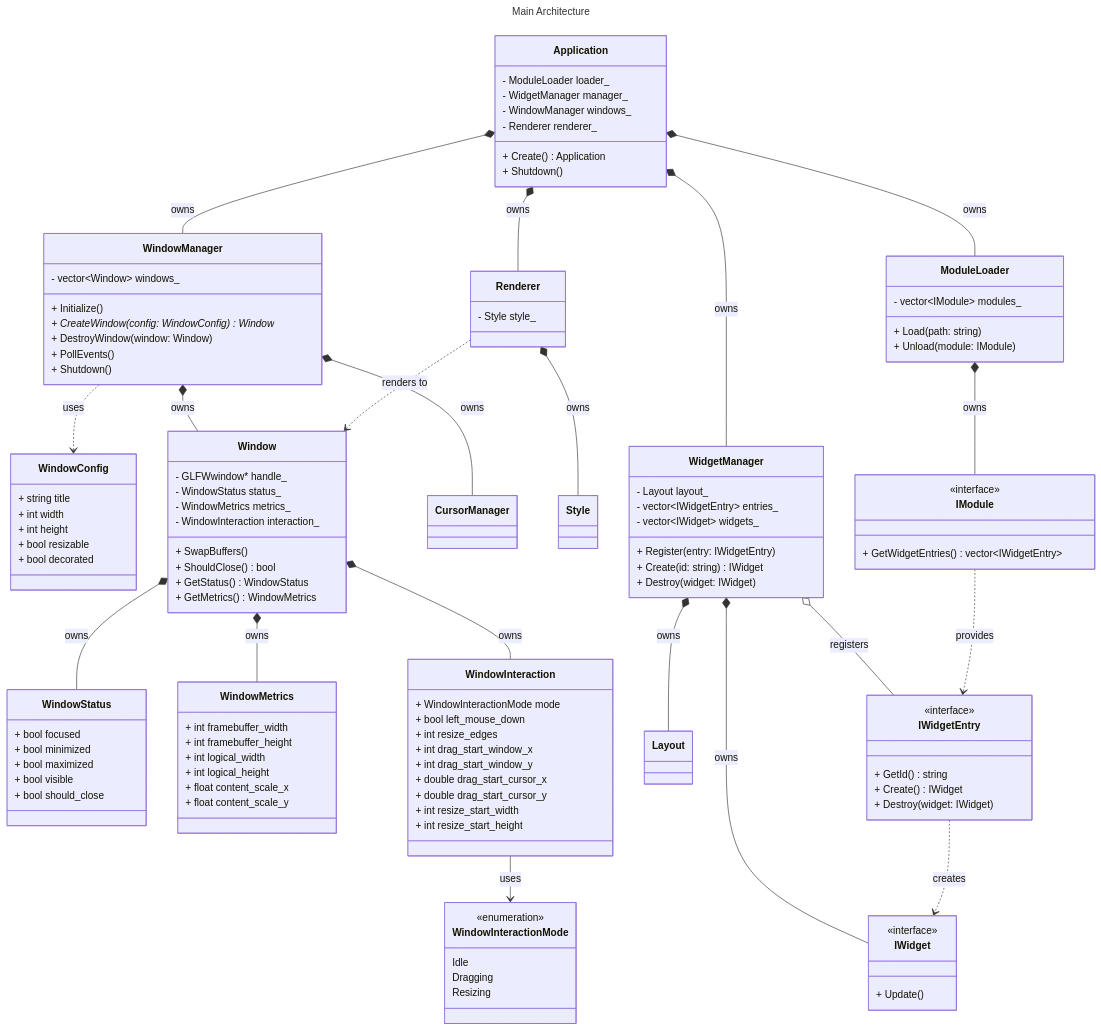
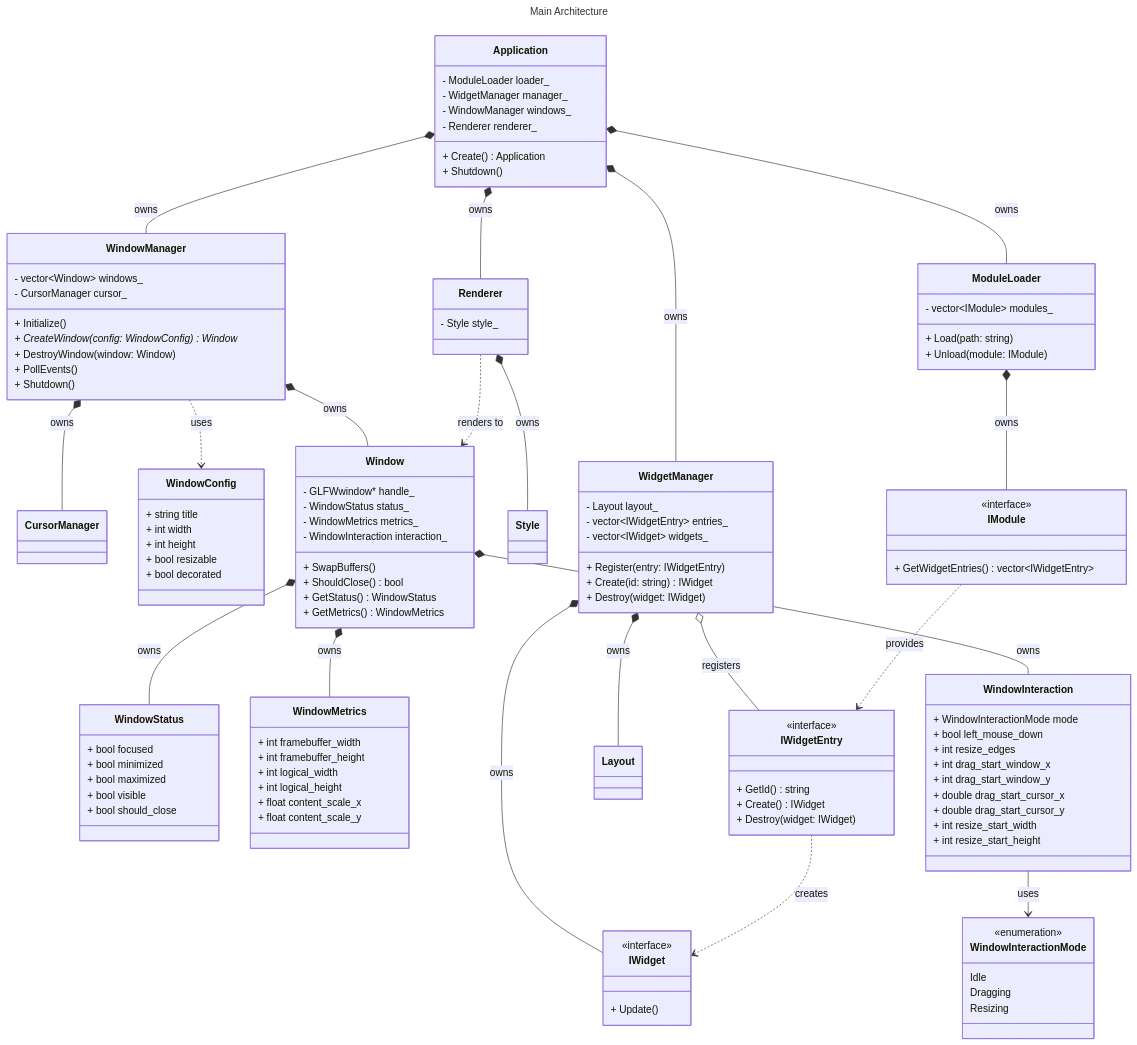
Before and after one commit to Arc-Asumity/broise: the diagram in docs/UML.md, drawn with Mermaid. The commit also changed 2 other files, not shown here.

Commit message:
chore(cursor): change the name of cursor
change the variable name of cursor manager into cursor_
and update the UML.md

```diff
--- a/docs/UML.md
+++ b/docs/UML.md
@@ -19,12 +19,15 @@
 
 class WindowManager {
     - vector~Window~ windows_
+    - CursorManager cursor_
     + Initialize()
     + CreateWindow(config: WindowConfig) Window*
     + DestroyWindow(window: Window)
     + PollEvents()
     + Shutdown()
 }
+
+class CursorManager
 
 class WindowConfig {
     + string title
@@ -81,8 +84,6 @@
     Resizing
 }
 
-class CursorManager
-
 class Style
 
 class ModuleLoader {
@@ -125,8 +126,8 @@
 Application *-- Renderer : owns
 
 WindowManager *-- Window : owns
+    WindowManager *-- CursorManager : owns
 WindowManager ..> WindowConfig : uses
-WindowManager *-- CursorManager : owns
 
 Window *-- WindowStatus : owns
 Window *-- WindowMetrics : owns
```
